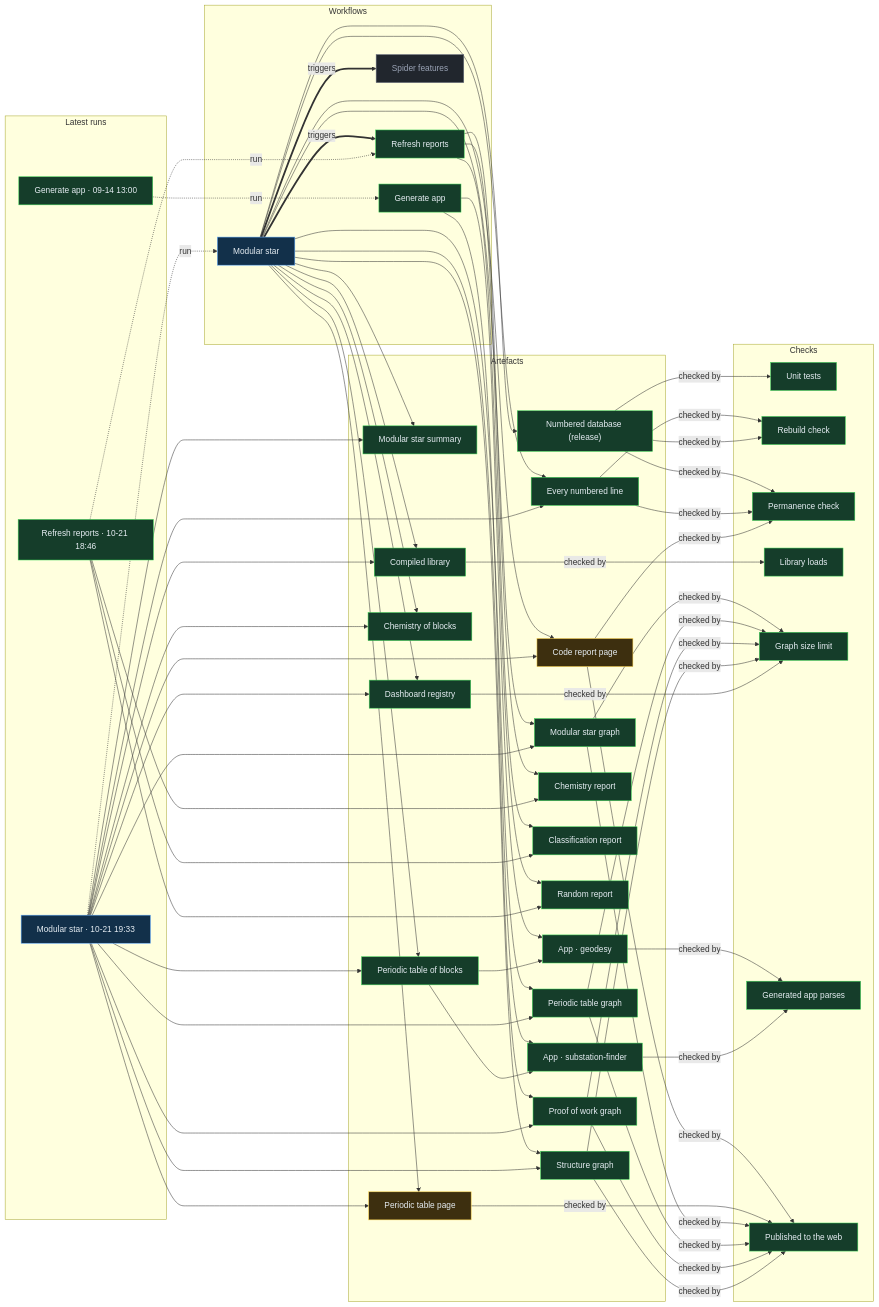
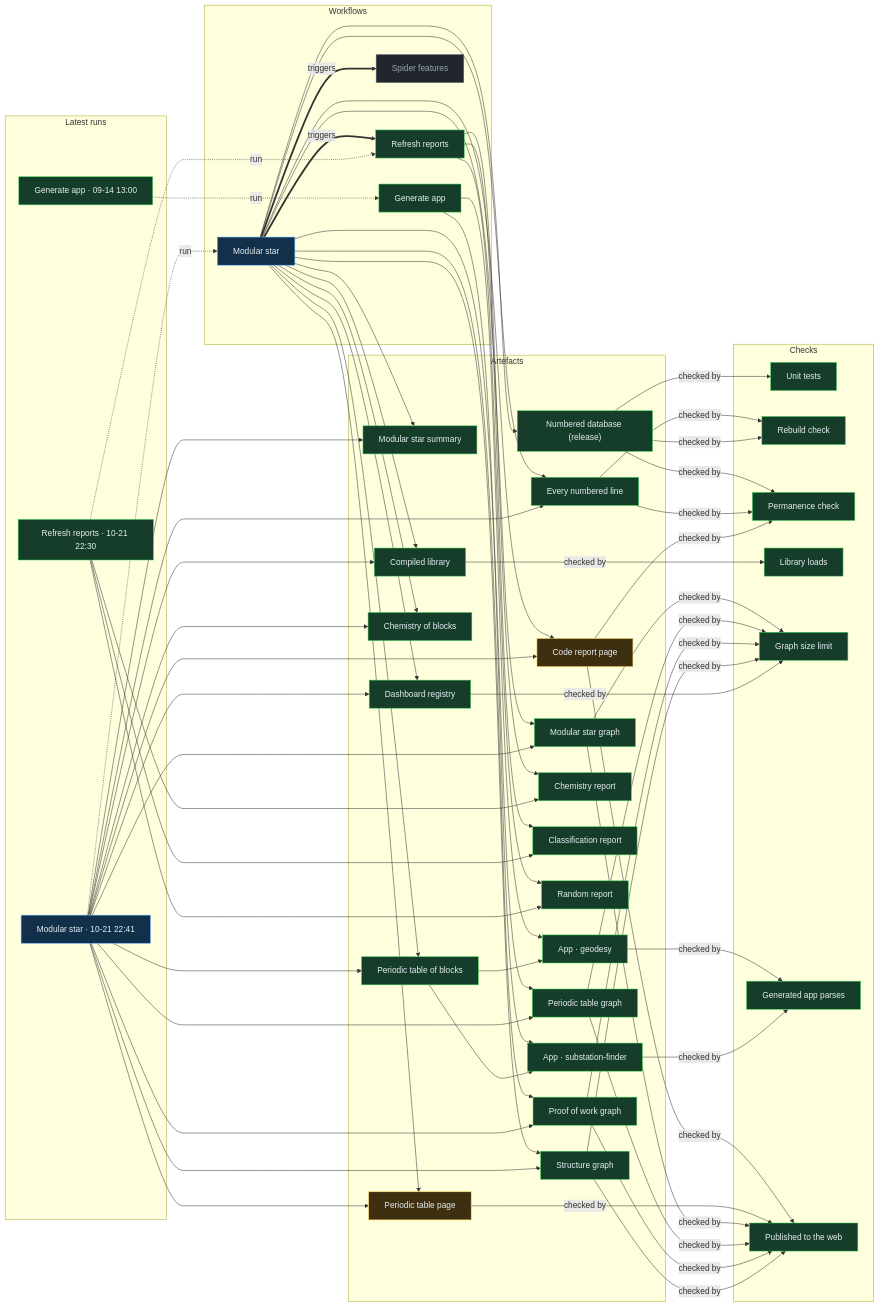
The diagram in proof/PROOF.md (Ventusltd/stars), drawn with Mermaid before and after one commit. The commit also changed other lines of this file and 44 other files, not shown here.

Commit message:
Modular star 2026-10-21T22:44Z

```diff
--- a/proof/PROOF.md
+++ b/proof/PROOF.md
@@ -24,8 +24,8 @@
   n_wf_spider_features["Spider features"]:::off
   end
   subgraph g_runs["Latest runs"]
-  n_run_39662700916["Modular star · 10-21 19:33"]:::live
-  n_run_39655760913["Refresh reports · 10-21 18:46"]:::ok
+  n_run_39688337734["Modular star · 10-21 22:41"]:::live
+  n_run_39687019204["Refresh reports · 10-21 22:30"]:::ok
   n_run_34846587798["Generate app · 09-14 13:00"]:::ok
   end
   subgraph g_artefacts["Artefacts"]
@@ -59,39 +59,39 @@
   end
   n_wf_modular_star == triggers ==> n_wf_refresh
   n_wf_modular_star == triggers ==> n_wf_spider_features
-  n_run_39662700916 -. run .-> n_wf_modular_star
-  n_run_39655760913 -. run .-> n_wf_refresh
+  n_run_39688337734 -. run .-> n_wf_modular_star
+  n_run_39687019204 -. run .-> n_wf_refresh
   n_run_34846587798 -. run .-> n_wf_generate
   n_wf_modular_star --> n_art_summary
-  n_run_39662700916 --> n_art_summary
+  n_run_39688337734 --> n_art_summary
   n_wf_modular_star --> n_art_lines
-  n_run_39662700916 --> n_art_lines
+  n_run_39688337734 --> n_art_lines
   n_wf_modular_star --> n_art_code
-  n_run_39662700916 --> n_art_code
+  n_run_39688337734 --> n_art_code
   n_wf_modular_star --> n_art_modular_graph
-  n_run_39662700916 --> n_art_modular_graph
+  n_run_39688337734 --> n_art_modular_graph
   n_wf_modular_star --> n_art_blocks
-  n_run_39662700916 --> n_art_blocks
+  n_run_39688337734 --> n_art_blocks
   n_wf_modular_star --> n_art_table
-  n_run_39662700916 --> n_art_table
+  n_run_39688337734 --> n_art_table
   n_wf_modular_star --> n_art_blocks_graph
-  n_run_39662700916 --> n_art_blocks_graph
+  n_run_39688337734 --> n_art_blocks_graph
   n_wf_modular_star --> n_art_reactions
-  n_run_39662700916 --> n_art_reactions
+  n_run_39688337734 --> n_art_reactions
   n_wf_modular_star --> n_art_library
-  n_run_39662700916 --> n_art_library
+  n_run_39688337734 --> n_art_library
   n_wf_modular_star --> n_art_features
-  n_run_39662700916 --> n_art_features
+  n_run_39688337734 --> n_art_features
   n_wf_modular_star --> n_art_proof
-  n_run_39662700916 --> n_art_proof
+  n_run_39688337734 --> n_art_proof
   n_wf_modular_star --> n_art_structure
-  n_run_39662700916 --> n_art_structure
+  n_run_39688337734 --> n_art_structure
   n_wf_refresh --> n_art_chemistry
-  n_run_39655760913 --> n_art_chemistry
+  n_run_39687019204 --> n_art_chemistry
   n_wf_refresh --> n_art_vedic
-  n_run_39655760913 --> n_art_vedic
+  n_run_39687019204 --> n_art_vedic
   n_wf_refresh --> n_art_random
-  n_run_39655760913 --> n_art_random
+  n_run_39687019204 --> n_art_random
   n_wf_modular_star --> n_art_release
   n_wf_generate --> n_app_geodesy
   n_art_blocks --> n_app_geodesy
```
